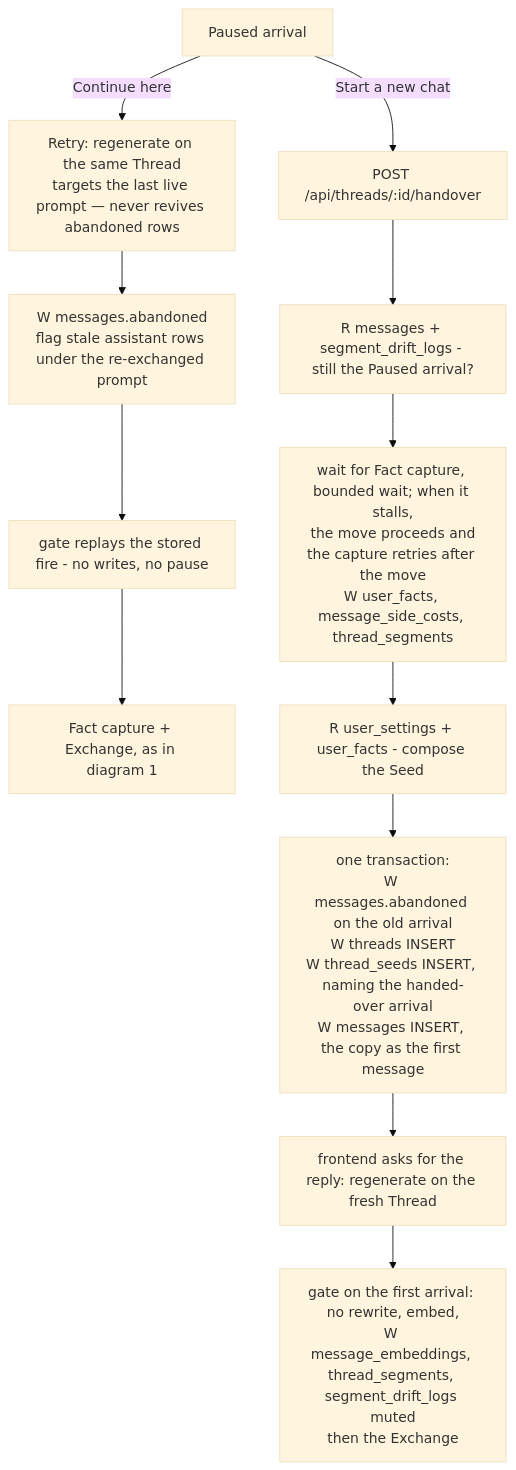
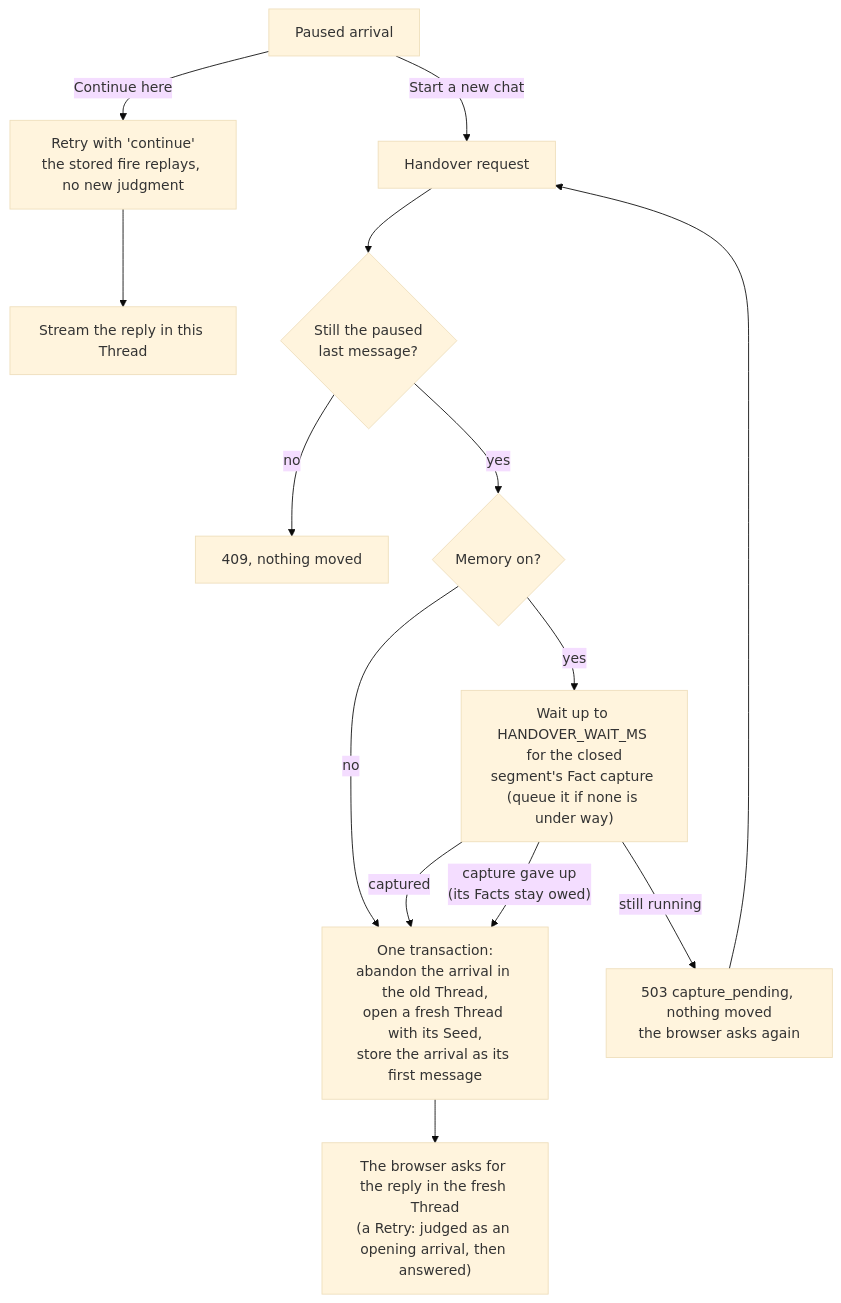
One commit to amg/ariadne changed the fourth of 4 diagrams in docs/flows/NEW-MESSAGE.md. Above: the diagram before and after it, drawn with Mermaid (base theme). The commit also changed other lines of this file and 5 other files, not shown here.

First line of the commit message:
docs(flows): map queue, bus, push and failure handling; rewrite message flow

````diff
--- a/docs/flows/NEW-MESSAGE.md
+++ b/docs/flows/NEW-MESSAGE.md
@@ -147,16 +129,18 @@
 ```mermaid
 flowchart TD
-  P[Paused arrival] -->|Continue here| C[Retry: regenerate on the same Thread<br/>targets the last live prompt — never revives abandoned rows]
-  C --> C1[W messages.abandoned<br/>flag stale assistant rows under the re-exchanged prompt]
-  C1 --> C2[gate replays the stored fire - no writes, no pause]
-  C2 --> C3[Fact capture + Exchange, as in diagram 1]
+  P["Paused arrival"] -- "Continue here" --> C["Retry with 'continue'<br/>the stored fire replays, no new judgment"]
+  C --> CX["Stream the reply in this Thread"]
 
-  P -->|Start a new chat| H[POST /api/threads/:id/handover]
-  H --> H1[R messages + segment_drift_logs - still the Paused arrival?]
-  H1 --> H2[wait for Fact capture, bounded wait; when it stalls,
- the move proceeds and the capture retries after the move<br/>W user_facts, message_side_costs, thread_segments]
-  H2 --> H3[R user_settings + user_facts - compose the Seed]
-  H3 --> H4[one transaction:<br/>W messages.abandoned on the old arrival<br/>W threads INSERT<br/>W thread_seeds INSERT, naming the handed-over arrival<br/>W messages INSERT, the copy as the first message]
-  H4 --> H5[frontend asks for the reply: regenerate on the fresh Thread]
-  H5 --> H6[gate on the first arrival: no rewrite, embed,<br/>W message_embeddings, thread_segments, segment_drift_logs muted<br/>then the Exchange]
+  P -- "Start a new chat" --> H["Handover request"]
+  H --> H1{"Still the paused<br/>last message?"}
+  H1 -- "no" --> H409["409, nothing moved"]
+  H1 -- "yes" --> M{"Memory on?"}
+  M -- "no" --> MV
+  M -- "yes" --> CAP["Wait up to HANDOVER_WAIT_MS for the closed<br/>segment's Fact capture (queue it if none is under way)"]
+  CAP -- "captured" --> MV
+  CAP -- "capture gave up<br/>(its Facts stay owed)" --> MV
+  CAP -- "still running" --> CP["503 capture_pending, nothing moved<br/>the browser asks again"]
+  CP --> H
+  MV["One transaction:<br/>abandon the arrival in the old Thread,<br/>open a fresh Thread with its Seed,<br/>store the arrival as its first message"]
+  MV --> FR["The browser asks for the reply in the fresh Thread<br/>(a Retry: judged as an opening arrival, then answered)"]
 ```
````
